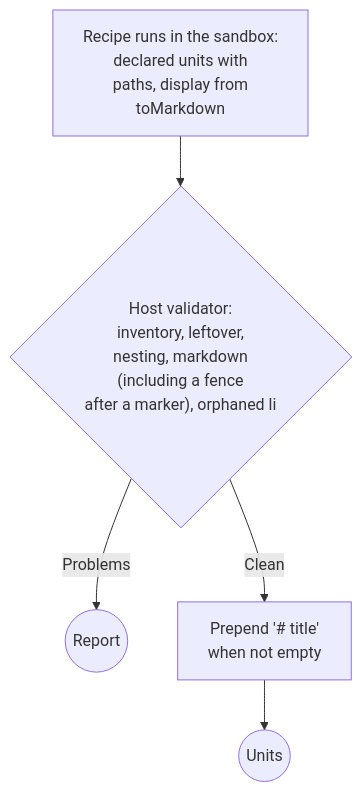
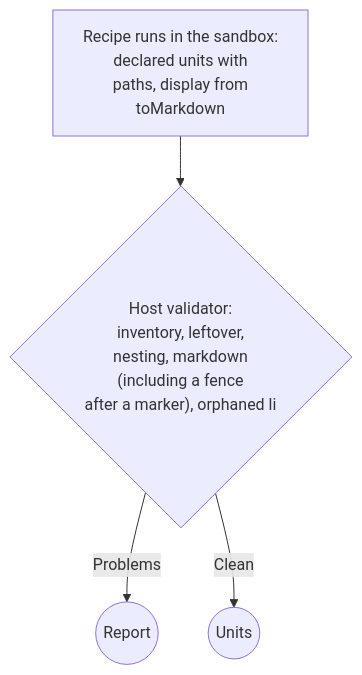
Before and after one commit to asermax/nagara: the diagram in docs/technical-design/markdown-units.md, drawn with Mermaid. The commit also changed other lines of this file and 12 other files, not shown here.

````diff
--- a/docs/technical-design/markdown-units.md
+++ b/docs/technical-design/markdown-units.md
@@ -38,7 +35,6 @@
 ```mermaid
 flowchart TD
     A["Recipe runs in the sandbox:<br/>declared units with<br/>paths, display from<br/>toMarkdown"] --> V{"Host validator:<br/>inventory, leftover,<br/>nesting, markdown<br/>(including a fence<br/>after a marker), orphaned li"}
     V -->|Problems| R(("Report"))
-    V -->|Clean| T["Prepend '# title'<br/>when not empty"]
-    T --> O(("Units"))
+    V -->|Clean| O(("Units"))
 ```
````
